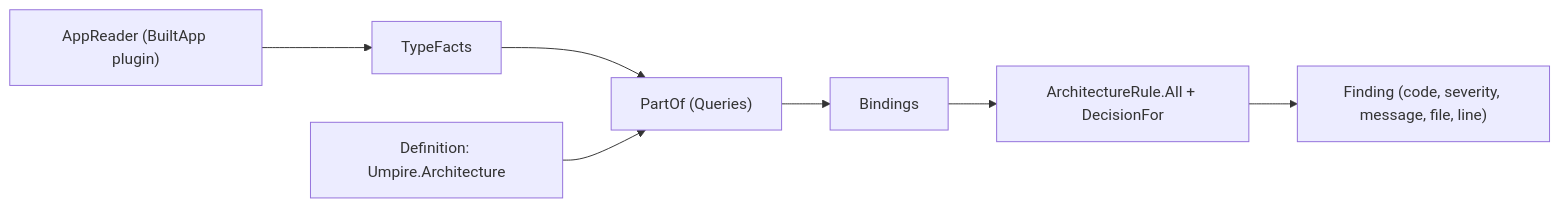
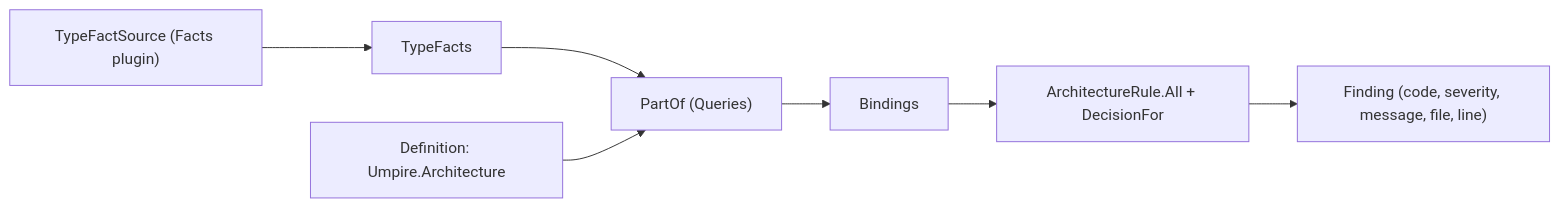
One commit to MgCohen/vsa-template changed the diagram in docs/architecture-engine.md. Above: the diagram before and after it, drawn with Mermaid. The commit also changed other lines of this file and 210 other files, not shown here.

````diff
--- a/docs/architecture-engine.md
+++ b/docs/architecture-engine.md
@@ -5,9 +5,9 @@
 ```mermaid
 flowchart LR
-    L["AppReader (BuiltApp plugin)"] --> A["TypeFacts"]
+    L["TypeFactSource (Facts plugin)"] --> A["TypeFacts"]
     A --> B["PartOf (Queries)"]
     D[Definition: Umpire.Architecture] --> B
     B --> S[Bindings]
     S --> C["ArchitectureRule.All + DecisionFor"]
     C --> F["Finding (code, severity, message, file, line)"]
 ```
````
